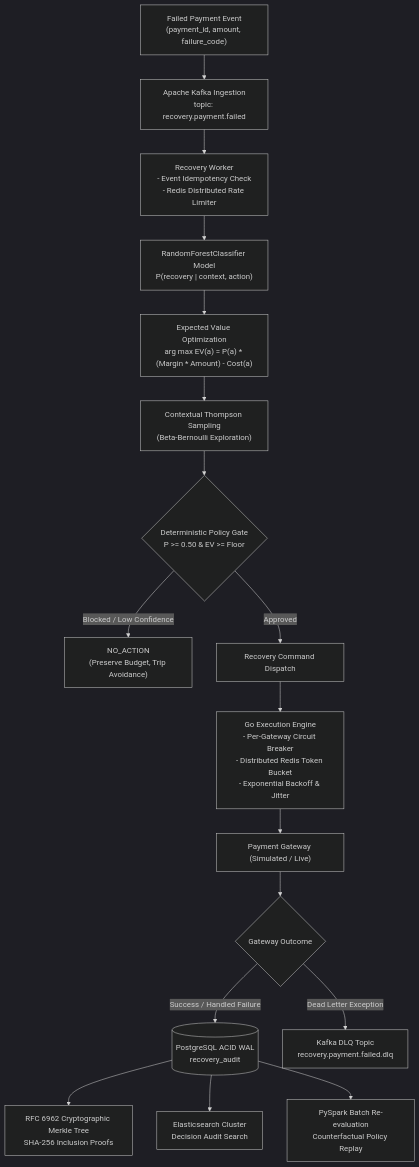
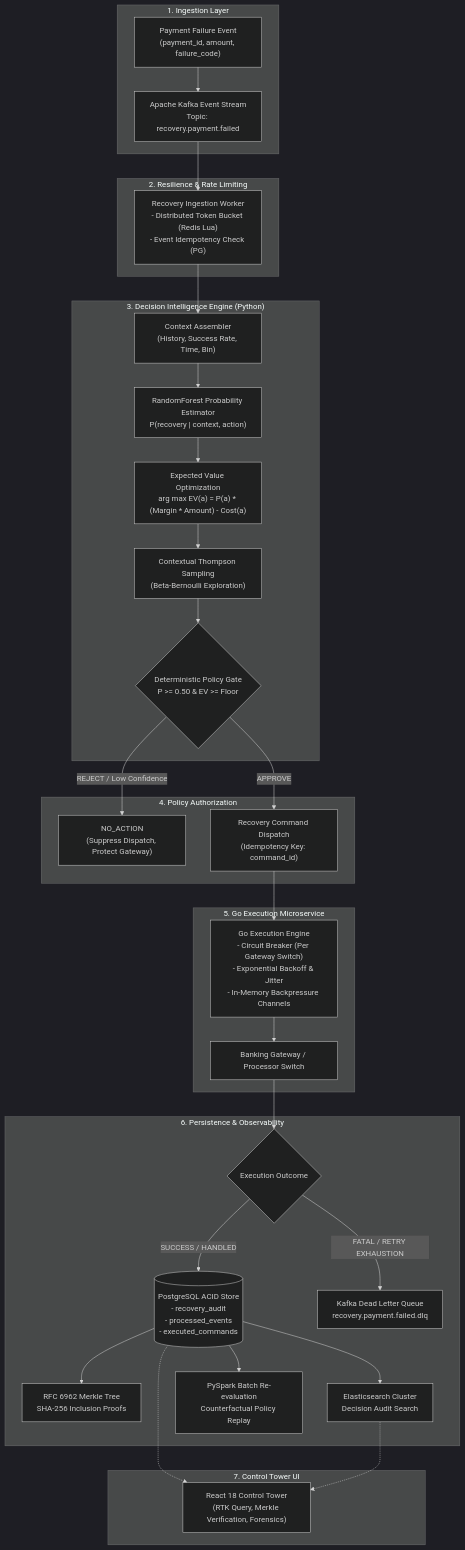
One commit to uday68/payment-recovery-engine changed the diagram in README.md. Above: the diagram before and after it, drawn with Mermaid (dark theme). The commit also changed other lines of this file and 4 other files, not shown here.

Commit message:
docs(repo): elevate repository to enterprise tech standards with comprehensive architecture, governance, and CI policies

````diff
--- a/README.md
+++ b/README.md
@@ -167,24 +72,43 @@
 ```mermaid
 flowchart TD
-    FailedTx["Failed Payment Event<br/>(payment_id, amount, failure_code)"] --> Kafka["Apache Kafka Ingestion<br/>topic: recovery.payment.failed"]
-    Kafka --> Worker["Recovery Worker<br/>- Event Idempotency Check<br/>- Redis Distributed Rate Limiter"]
-    Worker --> ML["RandomForestClassifier Model<br/>P(recovery | context, action)"]
-    ML --> EV["Expected Value Optimization<br/>arg max EV(a) = P(a) * (Margin * Amount) - Cost(a)"]
-    EV --> Thompson["Contextual Thompson Sampling<br/>(Beta-Bernoulli Exploration)"]
-    Thompson --> Policy{"Deterministic Policy Gate<br/>P >= 0.50 & EV >= Floor"}
-    
-    Policy -- "Blocked / Low Confidence" --> NoAction["NO_ACTION<br/>(Preserve Budget, Trip Avoidance)"]
-    Policy -- "Approved" --> GoCmd["Recovery Command Dispatch"]
-    
-    GoCmd --> GoExec["Go Execution Engine<br/>- Per-Gateway Circuit Breaker<br/>- Distributed Redis Token Bucket<br/>- Exponential Backoff & Jitter"]
-    
-    GoExec --> Gateway["Payment Gateway (Simulated / Live)"]
-    Gateway --> Outcome{"Gateway Outcome"}
-    
-    Outcome -- "Success / Handled Failure" --> Postgres[("PostgreSQL ACID WAL<br/>recovery_audit")]
-    Outcome -- "Dead Letter Exception" --> KafkaDLQ["Kafka DLQ Topic<br/>recovery.payment.failed.dlq"]
-    
-    Postgres --> Merkle["RFC 6962 Cryptographic Merkle Tree<br/>SHA-256 Inclusion Proofs"]
-    Postgres --> ES["Elasticsearch Cluster<br/>Decision Audit Search"]
-    Postgres --> Spark["PySpark Batch Re-evaluation<br/>Counterfactual Policy Replay"]
+    subgraph Ingestion ["1. Ingestion Layer"]
+        TxFail["Payment Failure Event<br/>(payment_id, amount, failure_code)"] --> KafkaTopic["Apache Kafka Event Stream<br/>Topic: recovery.payment.failed"]
+    end
+
+    subgraph Processing ["2. Resilience & Rate Limiting"]
+        KafkaTopic --> Worker["Recovery Ingestion Worker<br/>- Distributed Token Bucket (Redis Lua)<br/>- Event Idempotency Check (PG)"]
+    end
+
+    subgraph Intelligence ["3. Decision Intelligence Engine (Python)"]
+        Worker --> Context["Context Assembler<br/>(History, Success Rate, Time, Bin)"]
+        Context --> Model["RandomForest Probability Estimator<br/>P(recovery | context, action)"]
+        Model --> EV["Expected Value Optimization<br/>arg max EV(a) = P(a) * (Margin * Amount) - Cost(a)"]
+        EV --> TS["Contextual Thompson Sampling<br/>(Beta-Bernoulli Exploration)"]
+        TS --> PolicyGate{"Deterministic Policy Gate<br/>P >= 0.50 & EV >= Floor"}
+    end
+
+    subgraph DecisionOutcome ["4. Policy Authorization"]
+        PolicyGate -- "REJECT / Low Confidence" --> NoAction["NO_ACTION<br/>(Suppress Dispatch, Protect Gateway)"]
+        PolicyGate -- "APPROVE" --> RecoveryCmd["Recovery Command Dispatch<br/>(Idempotency Key: command_id)"]
+    end
+
+    subgraph Execution ["5. Go Execution Microservice"]
+        RecoveryCmd --> GoExecutor["Go Execution Engine<br/>- Circuit Breaker (Per Gateway Switch)<br/>- Exponential Backoff & Jitter<br/>- In-Memory Backpressure Channels"]
+        GoExecutor --> GatewaySim["Banking Gateway / Processor Switch"]
+    end
+
+    subgraph Settlement ["6. Persistence & Observability"]
+        GatewaySim --> OutcomeState{"Execution Outcome"}
+        OutcomeState -- "SUCCESS / HANDLED" --> PGStore[("PostgreSQL ACID Store<br/>- recovery_audit<br/>- processed_events<br/>- executed_commands")]
+        OutcomeState -- "FATAL / RETRY EXHAUSTION" --> DLQ["Kafka Dead Letter Queue<br/>recovery.payment.failed.dlq"]
+        
+        PGStore --> Merkle["RFC 6962 Merkle Tree<br/>SHA-256 Inclusion Proofs"]
+        PGStore --> ES["Elasticsearch Cluster<br/>Decision Audit Search"]
+        PGStore --> Spark["PySpark Batch Re-evaluation<br/>Counterfactual Policy Replay"]
+    end
+
+    subgraph Presentation ["7. Control Tower UI"]
+        PGStore -.-> ReactUI["React 18 Control Tower<br/>(RTK Query, Merkle Verification, Forensics)"]
+        ES -.-> ReactUI
+    end
 ```
````
